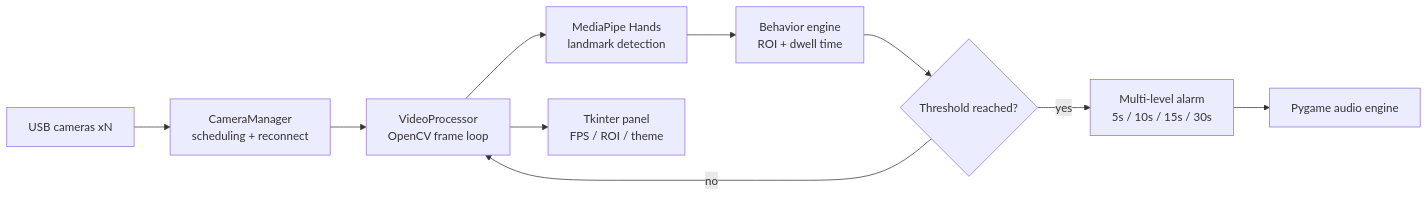
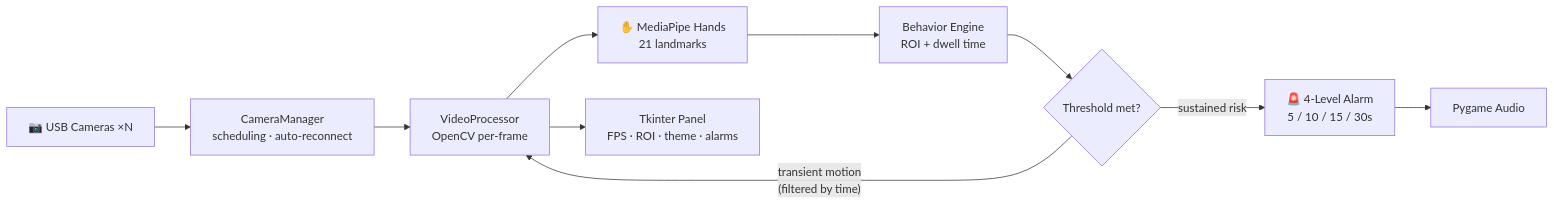
One commit to Trueysh/ICU_Mediapipe changed the diagram in README_EN.md. Above: the diagram before and after it, drawn with Mermaid. The commit also changed other lines of this file, not shown here.

````diff
--- a/README_EN.md
+++ b/README_EN.md
@@ -23,12 +39,12 @@
 ```mermaid
 flowchart LR
-    A["USB cameras xN"] --> B["CameraManager<br/>scheduling + reconnect"]
-    B --> C["VideoProcessor<br/>OpenCV frame loop"]
-    C --> D["MediaPipe Hands<br/>landmark detection"]
-    D --> E["Behavior engine<br/>ROI + dwell time"]
-    E --> F{"Threshold reached?"}
-    F -->|no| C
-    F -->|yes| G["Multi-level alarm<br/>5s / 10s / 15s / 30s"]
-    G --> H["Pygame audio engine"]
-    C --> I["Tkinter panel<br/>FPS / ROI / theme"]
+    A["📷 USB Cameras ×N"] --> B["CameraManager<br/>scheduling · auto-reconnect"]
+    B --> C["VideoProcessor<br/>OpenCV per-frame"]
+    C --> D["✋ MediaPipe Hands<br/>21 landmarks"]
+    D --> E["Behavior Engine<br/>ROI + dwell time"]
+    E --> F{"Threshold met?"}
+    F -->|"transient motion<br/>(filtered by time)"| C
+    F -->|"sustained risk"| G["🚨 4-Level Alarm<br/>5 / 10 / 15 / 30s"]
+    G --> H["Pygame Audio"]
+    C --> I["Tkinter Panel<br/>FPS · ROI · theme · alarms"]
 ```
````
